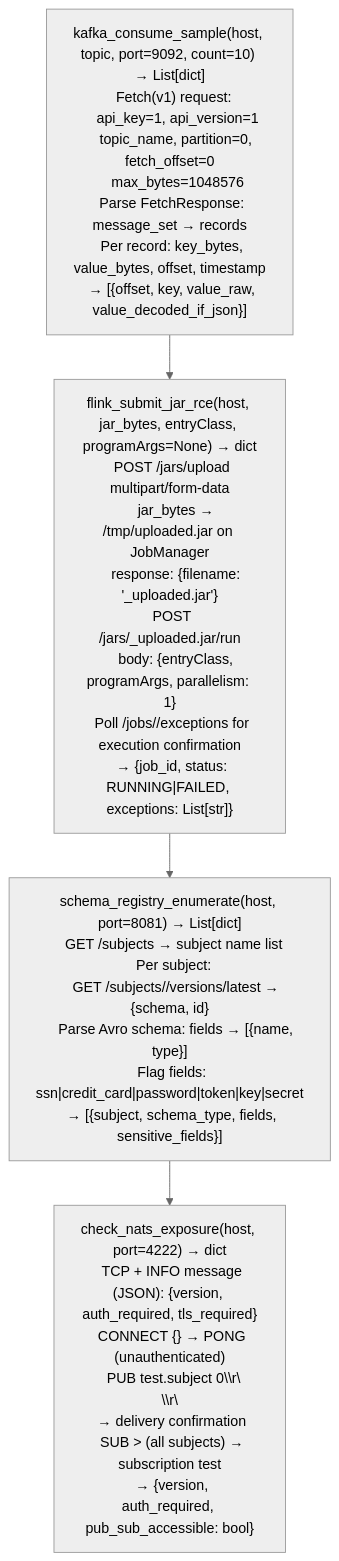
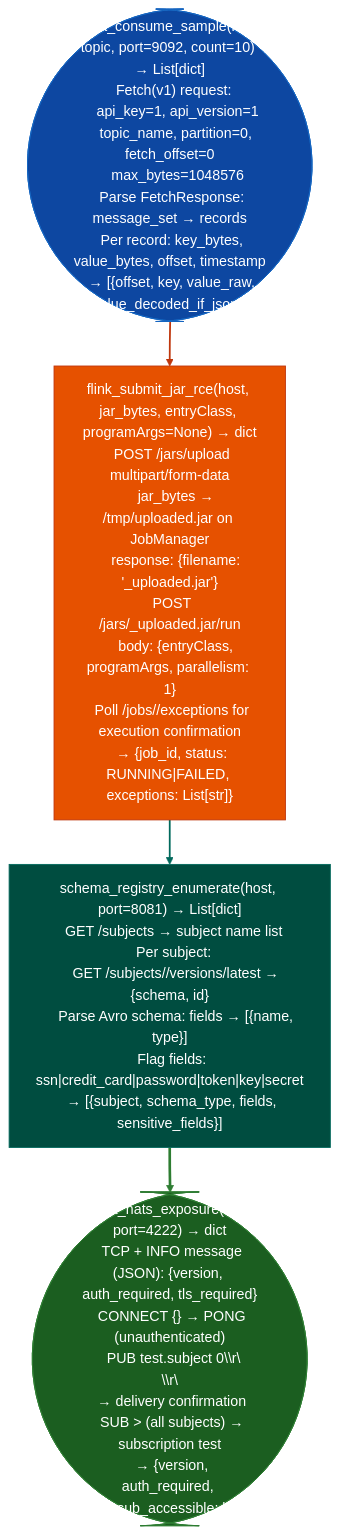
The diagram in docs/reference-modules/streaming-operational-helpers.md (Ablation-Tool/ablation), drawn with Mermaid (neutral theme) before and after one commit. The commit also changed 320 other files, not shown here.

First line of the commit message:
docs: apply canonical Mermaid template to all 321 diagrams

````diff
--- a/docs/reference-modules/streaming-operational-helpers.md
+++ b/docs/reference-modules/streaming-operational-helpers.md
@@ -19,6 +19,15 @@
 ```mermaid
 flowchart TD
-    A["kafka_consume_sample(host, topic, port=9092, count=10) → List[dict]\n  Fetch(v1) request:\n    api_key=1, api_version=1\n    topic_name, partition=0, fetch_offset=0\n    max_bytes=1048576\n  Parse FetchResponse: message_set → records\n  Per record: key_bytes, value_bytes, offset, timestamp\n  → [{offset, key, value_raw, value_decoded_if_json}]"] --> B["flink_submit_jar_rce(host, jar_bytes, entryClass, programArgs=None) → dict\n  POST /jars/upload multipart/form-data\n    jar_bytes → /tmp/uploaded.jar on JobManager\n    response: {filename: '<uuid>_uploaded.jar'}\n  POST /jars/<uuid>_uploaded.jar/run\n    body: {entryClass, programArgs, parallelism: 1}\n  Poll /jobs/<job_id>/exceptions for execution confirmation\n  → {job_id, status: RUNNING|FAILED, exceptions: List[str]}"]
-    B --> C["schema_registry_enumerate(host, port=8081) → List[dict]\n  GET /subjects → subject name list\n  Per subject:\n    GET /subjects/<name>/versions/latest → {schema, id}\n    Parse Avro schema: fields → [{name, type}]\n  Flag fields: ssn|credit_card|password|token|key|secret\n  → [{subject, schema_type, fields, sensitive_fields}]"]
-    C --> D["check_nats_exposure(host, port=4222) → dict\n  TCP + INFO message (JSON): {version, auth_required, tls_required}\n  CONNECT {} → PONG (unauthenticated)\n  PUB test.subject 0\\r\\n\\r\\n → delivery confirmation\n  SUB > (all subjects) → subscription test\n  → {version, auth_required, pub_sub_accessible: bool}"]
+    A(["kafka_consume_sample(host, topic, port=9092, count=10) → List[dict]\n  Fetch(v1) request:\n    api_key=1, api_version=1\n    topic_name, partition=0, fetch_offset=0\n    max_bytes=1048576\n  Parse FetchResponse: message_set → records\n  Per record: key_bytes, value_bytes, offset, timestamp\n  → [{offset, key, value_raw, value_decoded_if_json}]"]):::input --> B["flink_submit_jar_rce(host, jar_bytes, entryClass, programArgs=None) → dict\n  POST /jars/upload multipart/form-data\n    jar_bytes → /tmp/uploaded.jar on JobManager\n    response: {filename: '<uuid>_uploaded.jar'}\n  POST /jars/<uuid>_uploaded.jar/run\n    body: {entryClass, programArgs, parallelism: 1}\n  Poll /jobs/<job_id>/exceptions for execution confirmation\n  → {job_id, status: RUNNING|FAILED, exceptions: List[str]}"]:::primary
+    B:::primary --> C["schema_registry_enumerate(host, port=8081) → List[dict]\n  GET /subjects → subject name list\n  Per subject:\n    GET /subjects/<name>/versions/latest → {schema, id}\n    Parse Avro schema: fields → [{name, type}]\n  Flag fields: ssn|credit_card|password|token|key|secret\n  → [{subject, schema_type, fields, sensitive_fields}]"]:::secondary
+    C:::secondary --> D(["check_nats_exposure(host, port=4222) → dict\n  TCP + INFO message (JSON): {version, auth_required, tls_required}\n  CONNECT {} → PONG (unauthenticated)\n  PUB test.subject 0\\r\\n\\r\\n → delivery confirmation\n  SUB > (all subjects) → subscription test\n  → {version, auth_required, pub_sub_accessible: bool}"]):::output
+    classDef input     fill:#0d47a1,stroke:#1565c0,color:#fff
+    classDef primary   fill:#e65100,stroke:#bf360c,color:#fff
+    classDef secondary fill:#004d40,stroke:#00695c,color:#fff
+    classDef tertiary  fill:#4a148c,stroke:#6a1b9a,color:#fff
+    classDef neutral   fill:#37474f,stroke:#546e7a,color:#fff
+    classDef output    fill:#1b5e20,stroke:#2e7d32,color:#fff
+    linkStyle 0 stroke:#bf360c,stroke-width:2px
+    linkStyle 1 stroke:#00695c,stroke-width:2px
+    linkStyle 2 stroke:#2e7d32,stroke-width:3px
 ```
````
